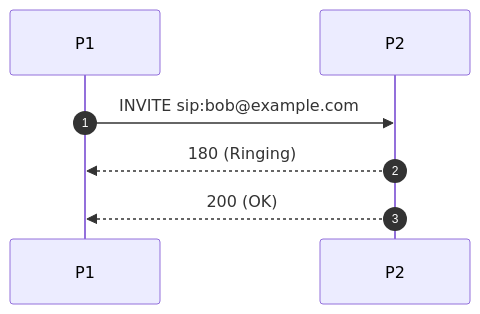
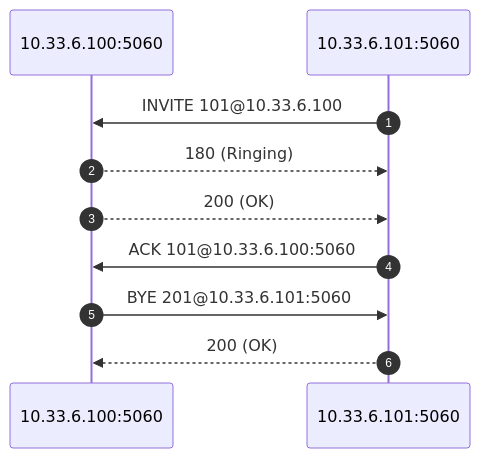
The diagram in README.md (mfurnival-star/pcap2mermaid), drawn with Mermaid before and after one commit. The commit also changed other lines of this file, not shown here.

````diff
--- a/README.md
+++ b/README.md
@@ -107,9 +116,12 @@
 ```mermaid
 sequenceDiagram
     autonumber
-    participant P1
-    participant P2
-    P1->>P2: INVITE sip:bob@example.com
-    P2-->>P1: 180 (Ringing)
-    P2-->>P1: 200 (OK)
+    participant A as 10.33.6.100:5060
+    participant B as 10.33.6.101:5060
+    B->>A: INVITE 101@10.33.6.100
+    A-->>B: 180 (Ringing)
+    A-->>B: 200 (OK)
+    B->>A: ACK 101@10.33.6.100:5060
+    A->>B: BYE 201@10.33.6.101:5060
+    B-->>A: 200 (OK)
 ```
````
